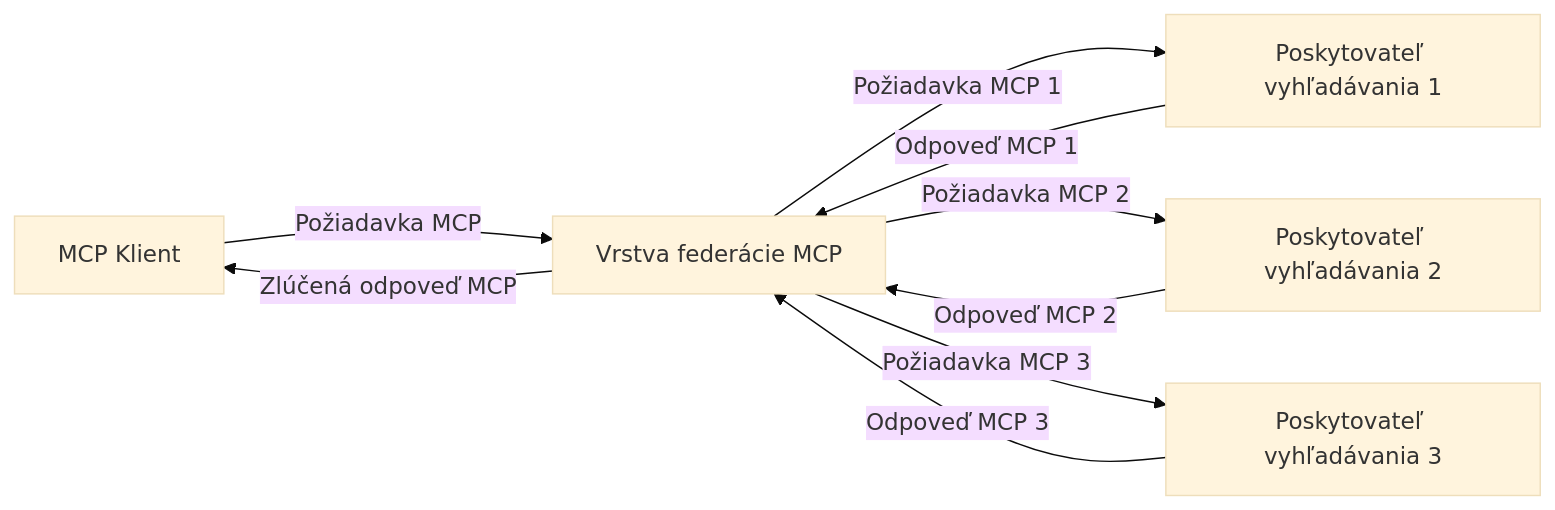
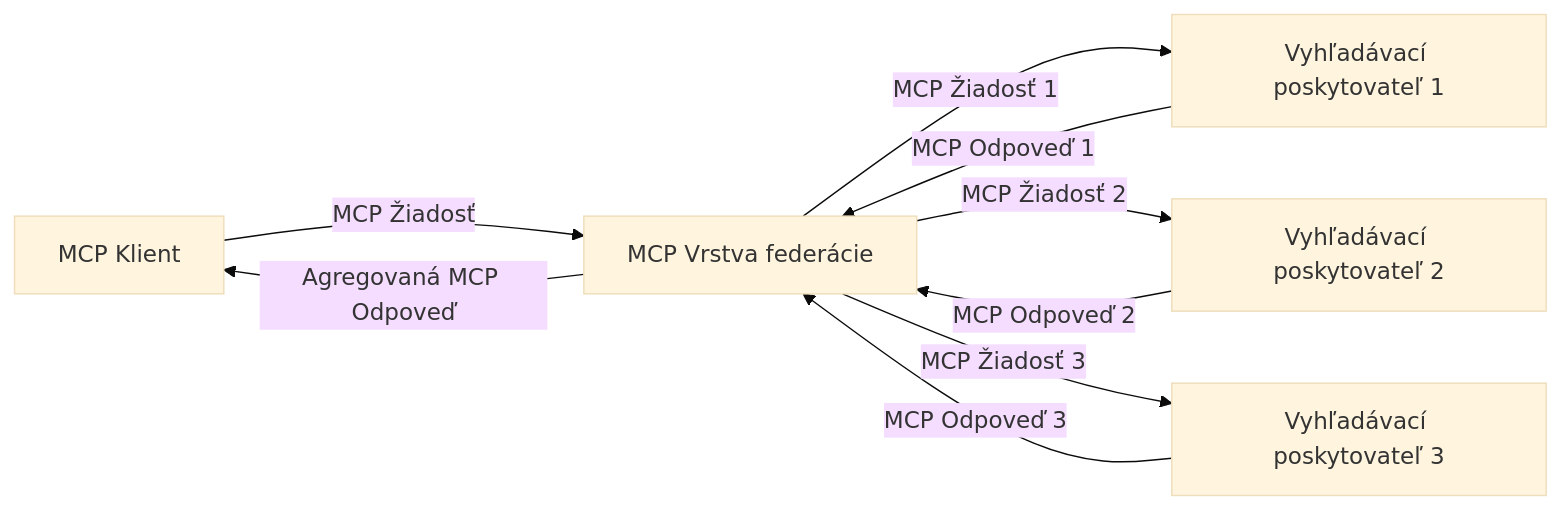
Before and after one commit to microsoft/mcp-for-beginners: the third of 4 diagrams in translations/sk/05-AdvancedTopics/mcp-realtimesearch/README.md, drawn with Mermaid (base theme). The commit also changed other lines of this file and 145 other files, not shown here.

````diff
--- a/translations/sk/05-AdvancedTopics/mcp-realtimesearch/README.md
+++ b/translations/sk/05-AdvancedTopics/mcp-realtimesearch/README.md
@@ -611,11 +612,11 @@
 ```mermaid
 graph LR
-    Client[MCP Klient] --> |Požiadavka MCP| Federation[Vrstva federácie MCP]
-    Federation --> |Požiadavka MCP 1| Search1[Poskytovateľ vyhľadávania 1]
-    Federation --> |Požiadavka MCP 2| Search2[Poskytovateľ vyhľadávania 2]
-    Federation --> |Požiadavka MCP 3| Search3[Poskytovateľ vyhľadávania 3]
-    Search1 --> |Odpoveď MCP 1| Federation
-    Search2 --> |Odpoveď MCP 2| Federation
-    Search3 --> |Odpoveď MCP 3| Federation
-    Federation --> |Zlúčená odpoveď MCP| Client
+    Client[MCP Klient] --> |MCP Žiadosť| Federation[MCP Vrstva federácie]
+    Federation --> |MCP Žiadosť 1| Search1[Vyhľadávací poskytovateľ 1]
+    Federation --> |MCP Žiadosť 2| Search2[Vyhľadávací poskytovateľ 2]
+    Federation --> |MCP Žiadosť 3| Search3[Vyhľadávací poskytovateľ 3]
+    Search1 --> |MCP Odpoveď 1| Federation
+    Search2 --> |MCP Odpoveď 2| Federation
+    Search3 --> |MCP Odpoveď 3| Federation
+    Federation --> |Agregovaná MCP Odpoveď| Client
 ```
````
